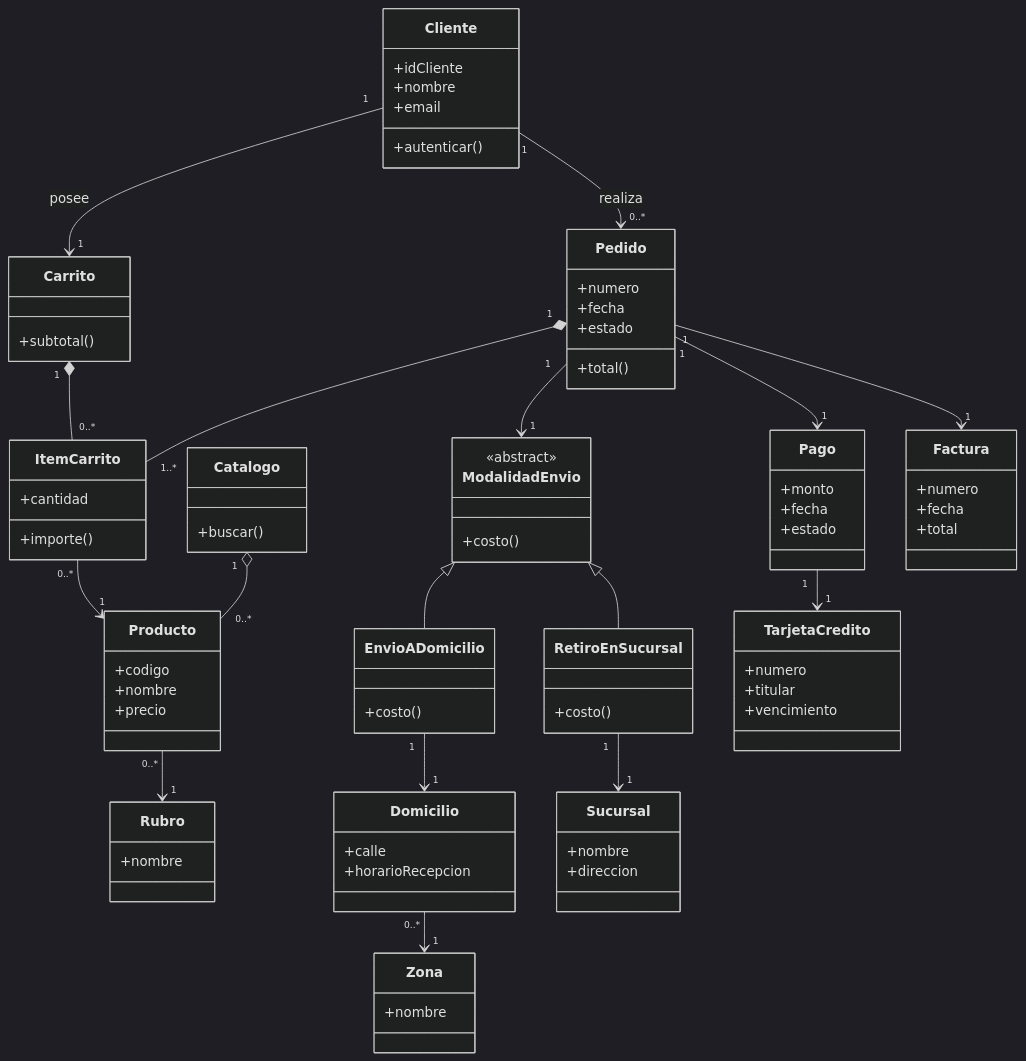
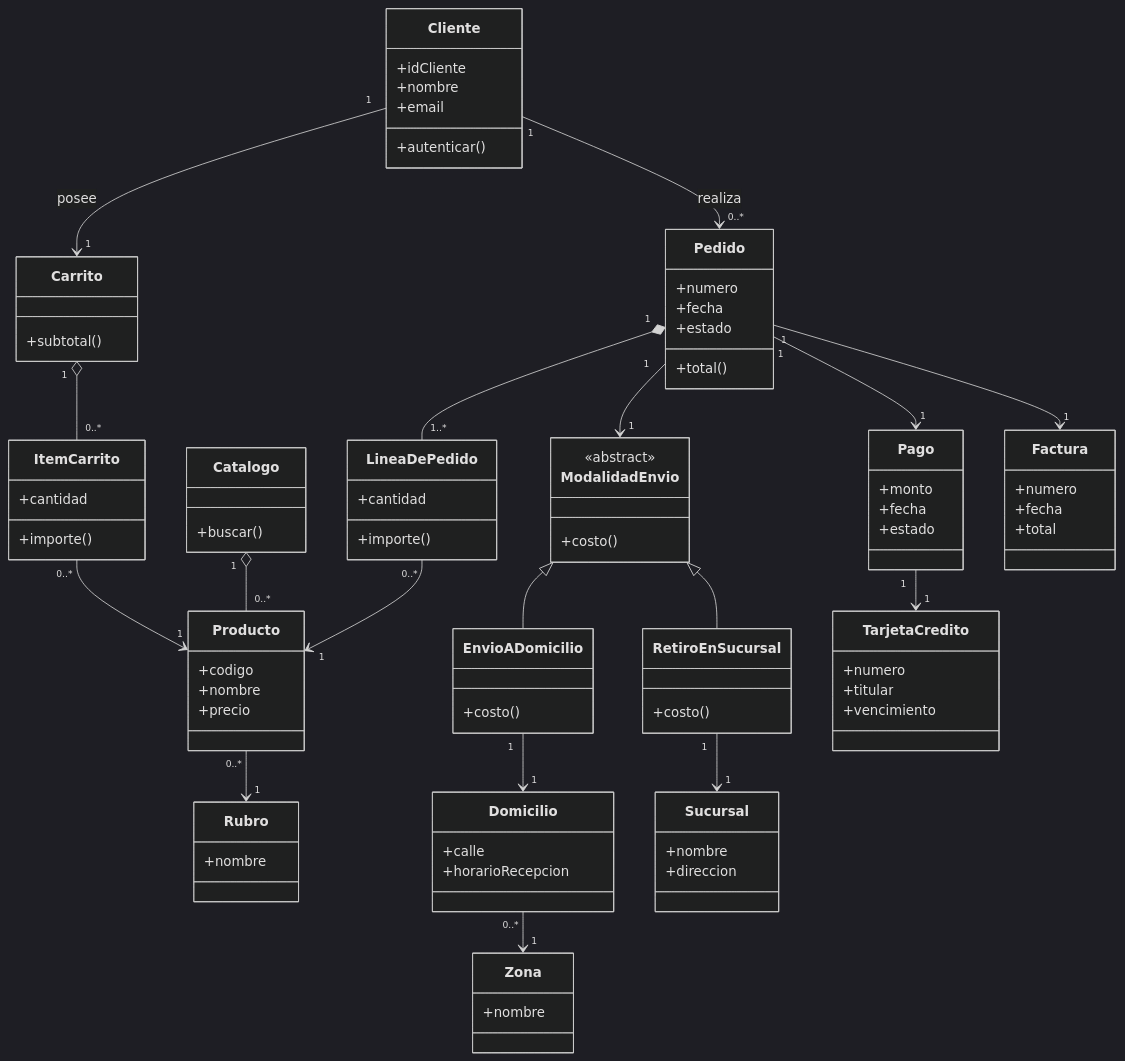
The third of 6 diagrams in practicas/practica-1.md (unlam-informatica/diseno-de-software), drawn with Mermaid before and after one commit. The commit also changed other lines of this file and 2 other files, not shown here.

```diff
--- a/practicas/practica-1.md
+++ b/practicas/practica-1.md
@@ -222,6 +244,10 @@
       +subtotal()
     }
     class ItemCarrito {
+      +cantidad
+      +importe()
+    }
+    class LineaDePedido {
       +cantidad
       +importe()
     }
@@ -281,11 +307,12 @@
 
     Cliente "1" --> "0..*" Pedido : realiza
     Cliente "1" --> "1" Carrito : posee
-    Carrito "1" *-- "0..*" ItemCarrito
+    Carrito "1" o-- "0..*" ItemCarrito
     ItemCarrito "0..*" --> "1" Producto
     Catalogo "1" o-- "0..*" Producto
     Producto "0..*" --> "1" Rubro
-    Pedido "1" *-- "1..*" ItemCarrito
+    Pedido "1" *-- "1..*" LineaDePedido
+    LineaDePedido "0..*" --> "1" Producto
     Pedido "1" --> "1" ModalidadEnvio
     ModalidadEnvio <|-- EnvioADomicilio
     ModalidadEnvio <|-- RetiroEnSucursal
```
